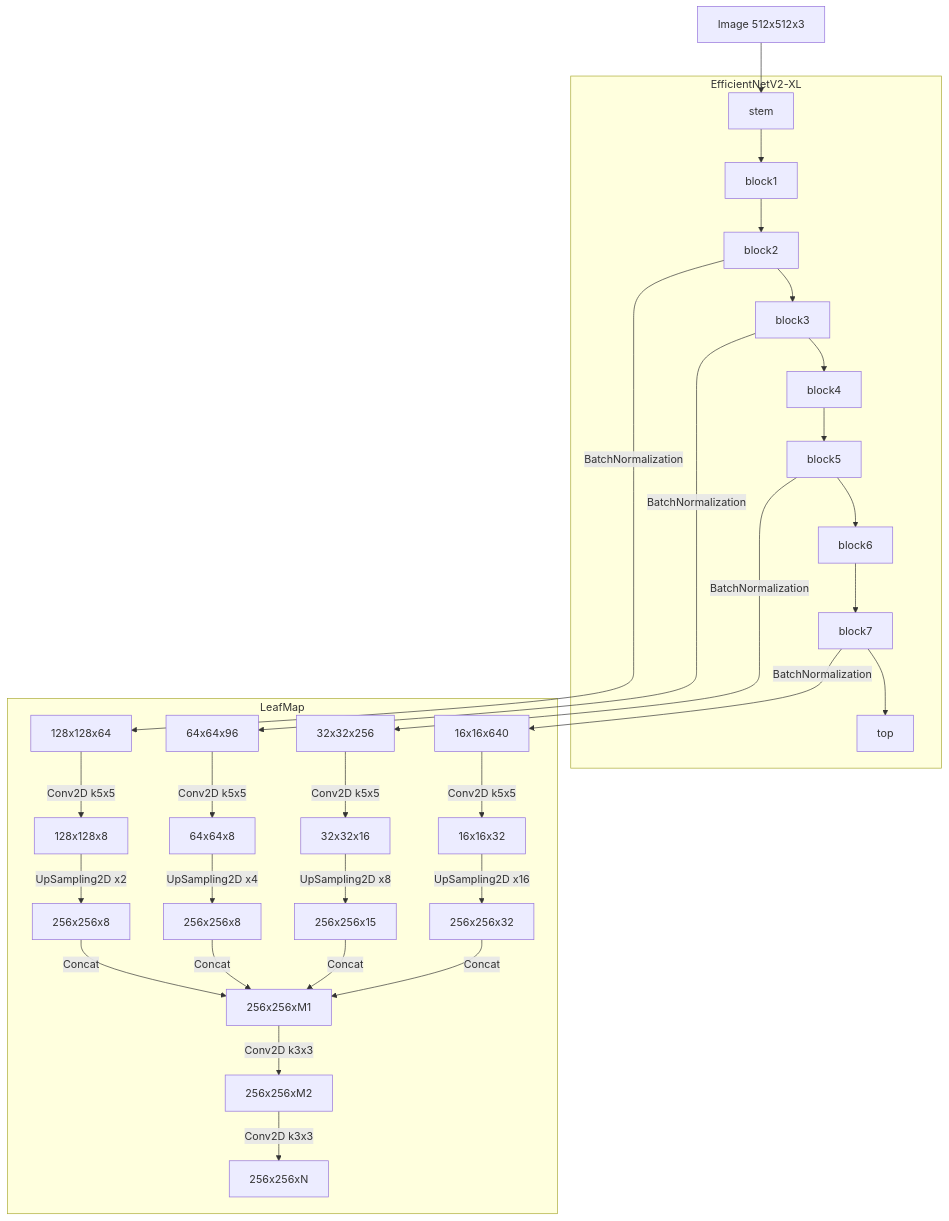
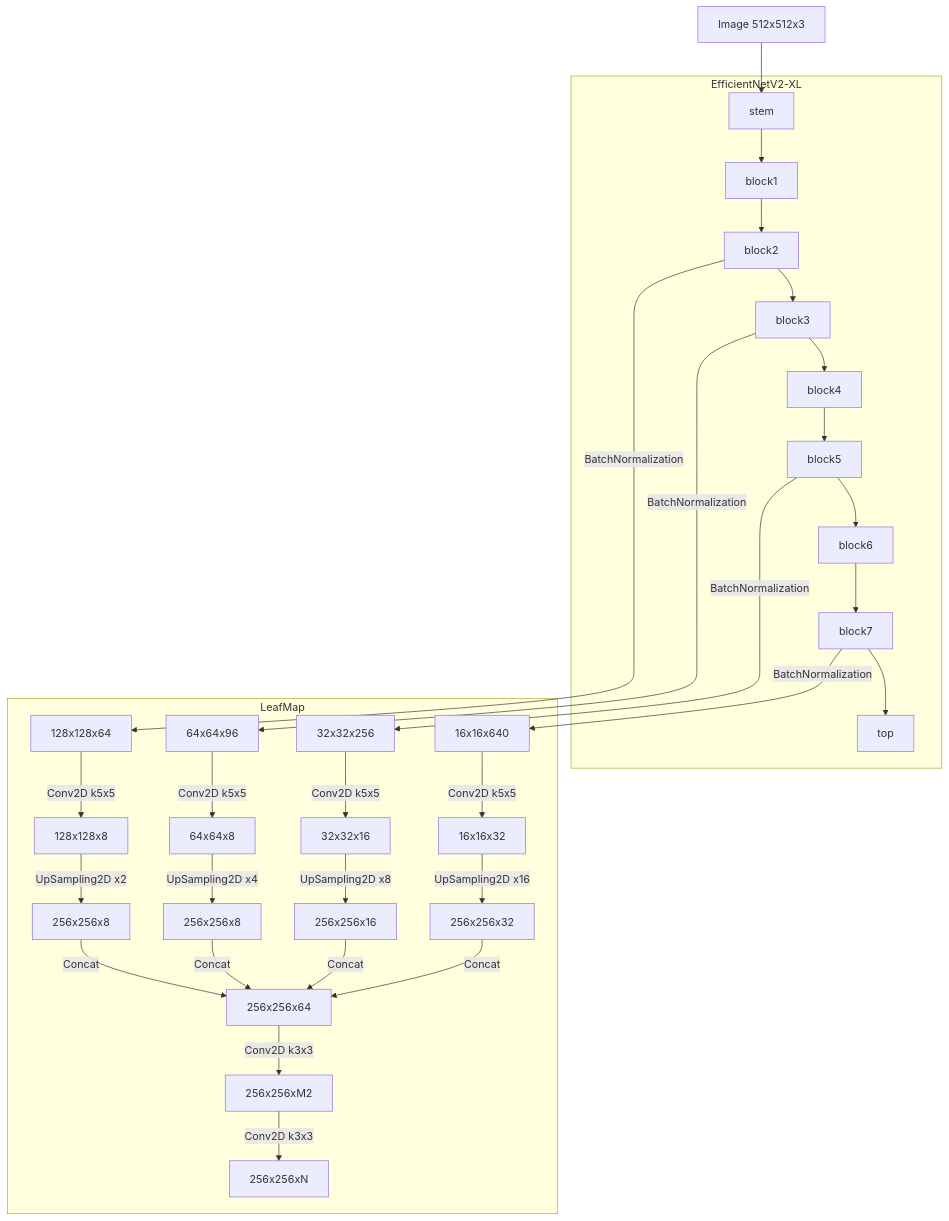
The first of 2 diagrams in README.md (lithium0003/findtextCenterNet), drawn with Mermaid before and after one commit.

````diff
--- a/README.md
+++ b/README.md
@@ -28,26 +28,26 @@
 ```mermaid
   flowchart TD;
       Input[Image 512x512x3]-->stem;
       subgraph EfficientNetV2-XL;
         stem-->block1;
         block1-->block2;
         block2-->block3;
         block3-->block4;
         block4-->block5;
         block5-->block6;
         block6-->block7;
         block7-->top;
       end;
       block7 -- BatchNormalization --> P5_in[16x16x640];
       block5 -- BatchNormalization --> P4_in[32x32x256];
       block3 -- BatchNormalization --> P3_in[64x64x96];
       block2 -- BatchNormalization --> P2_in[128x128x64];
       subgraph LeafMap;
         P5_in -- Conv2D k5x5 --> P5[16x16x32] -- UpSampling2D x16 --> P5_out[256x256x32];
-        P4_in -- Conv2D k5x5 --> P4[32x32x16] -- UpSampling2D x8 --> P4_out[256x256x15];
+        P4_in -- Conv2D k5x5 --> P4[32x32x16] -- UpSampling2D x8 --> P4_out[256x256x16];
         P3_in -- Conv2D k5x5 --> P3[64x64x8] -- UpSampling2D x4 --> P3_out[256x256x8];
         P2_in -- Conv2D k5x5 --> P2[128x128x8] -- UpSampling2D x2 --> P2_out[256x256x8];
-        P5_out & P4_out & P3_out & P2_out -- Concat --> top_1[256x256xM1] -- Conv2D k3x3 --> top_2[256x256xM2] -- Conv2D k3x3 --> LeafOut[256x256xN];
+        P5_out & P4_out & P3_out & P2_out -- Concat --> top_1[256x256x64] -- Conv2D k3x3 --> top_2[256x256xM2] -- Conv2D k3x3 --> LeafOut[256x256xN];
       end;
 
 ```
````
